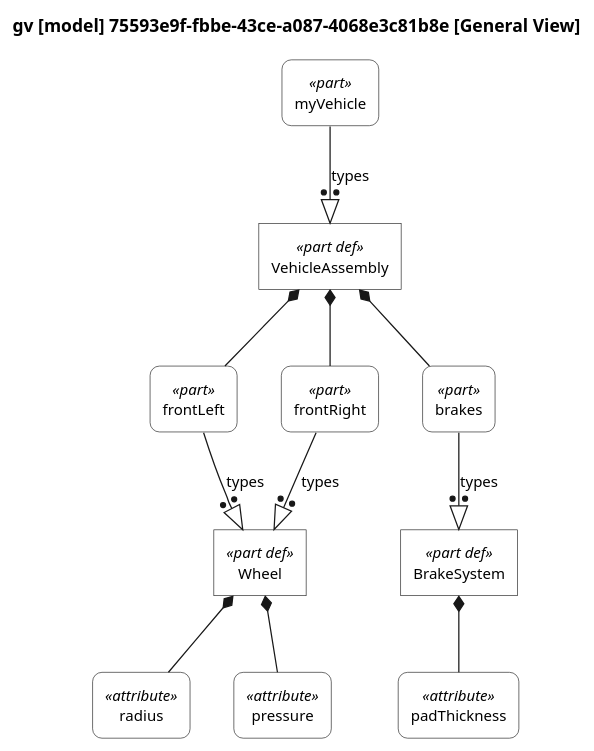
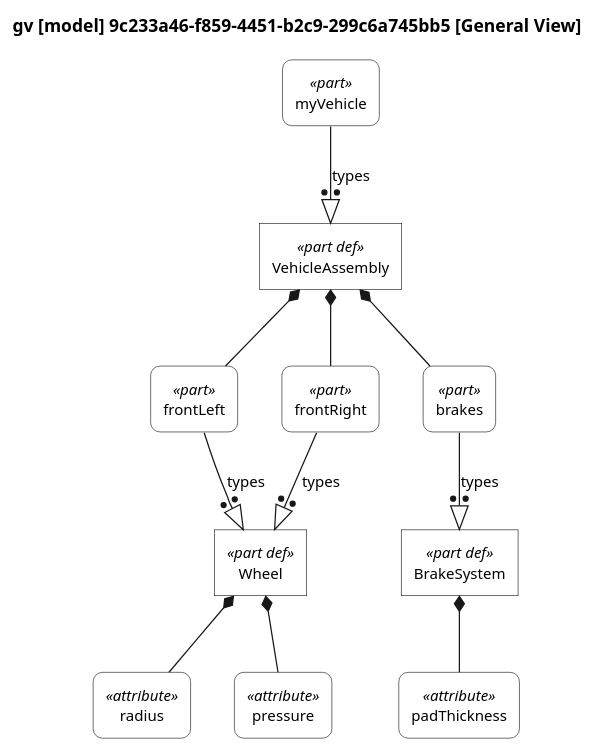
The diagram in docs/plantuml-examples/04-bw-style.puml (mycr0ft/sysml2py), drawn with PlantUML before and after one commit. The commit also changed 32 other files, not shown here.

First line of the commit message:
boxes afv: control nodes with true decision diamonds (diagramboxes 0.5.0)

```diff
--- a/docs/plantuml-examples/04-bw-style.puml
+++ b/docs/plantuml-examples/04-bw-style.puml
@@ -1,173 +1,173 @@
 @startuml
 
 skinparam monochrome true
 skinparam wrapWidth 300
 skinparam defaultFontSize 12
 skinparam defaultFontName Helvetica
 
 skinparam rectangle<<part def>> {
     RoundCorner 0
     BackgroundColor white
 }
 skinparam rectangle<<part>> {
     RoundCorner 15
     BackgroundColor white
 }
 skinparam rectangle<<action def>> {
     RoundCorner 0
     BackgroundColor white
 }
 skinparam rectangle<<action>> {
     RoundCorner 15
     BackgroundColor white
 }
 skinparam rectangle<<state def>> {
     RoundCorner 0
     BackgroundColor white
 }
 skinparam rectangle<<state>> {
     RoundCorner 15
     BackgroundColor white
 }
 skinparam rectangle<<port def>> {
     RoundCorner 0
     BackgroundColor white
 }
 skinparam rectangle<<port>> {
     RoundCorner 15
     BackgroundColor white
 }
 skinparam rectangle<<interface def>> {
     RoundCorner 0
     BackgroundColor white
 }
 skinparam rectangle<<interface>> {
     RoundCorner 15
     BackgroundColor white
 }
 skinparam rectangle<<item def>> {
     RoundCorner 0
     BackgroundColor white
 }
 skinparam rectangle<<item>> {
     RoundCorner 15
     BackgroundColor white
 }
 skinparam rectangle<<attribute def>> {
     RoundCorner 0
     BackgroundColor white
 }
 skinparam rectangle<<attribute>> {
     RoundCorner 15
     BackgroundColor white
 }
 skinparam rectangle<<connection def>> {
     RoundCorner 0
     BackgroundColor white
 }
 skinparam rectangle<<connection>> {
     RoundCorner 15
     BackgroundColor white
 }
 skinparam rectangle<<flow def>> {
     RoundCorner 0
     BackgroundColor white
 }
 skinparam rectangle<<flow>> {
     RoundCorner 15
     BackgroundColor white
 }
 skinparam rectangle<<requirement def>> {
     RoundCorner 0
     BackgroundColor white
 }
 skinparam rectangle<<requirement>> {
     RoundCorner 15
     BackgroundColor white
 }
 skinparam rectangle<<use case def>> {
     RoundCorner 0
     BackgroundColor white
 }
 skinparam rectangle<<use case>> {
     RoundCorner 15
     BackgroundColor white
 }
 skinparam rectangle<<constraint def>> {
     RoundCorner 0
     BackgroundColor white
 }
 skinparam rectangle<<constraint>> {
     RoundCorner 15
     BackgroundColor white
 }
 skinparam rectangle<<calculation def>> {
     RoundCorner 0
     BackgroundColor white
 }
 skinparam rectangle<<calculation>> {
     RoundCorner 15
     BackgroundColor white
 }
 skinparam rectangle<<enumeration def>> {
     RoundCorner 0
     BackgroundColor white
 }
 skinparam rectangle<<enumeration>> {
     RoundCorner 15
     BackgroundColor white
 }
 skinparam rectangle<<allocation def>> {
     RoundCorner 0
     BackgroundColor white
 }
 skinparam rectangle<<allocation>> {
     RoundCorner 15
     BackgroundColor white
 }
 skinparam rectangle<<view def>> {
     RoundCorner 0
     BackgroundColor white
 }
 skinparam rectangle<<view>> {
     RoundCorner 15
     BackgroundColor white
 }
 skinparam folder<<view def>> {
     RoundCorner 0
     BackgroundColor white
 }
 skinparam folder<<view>> {
     RoundCorner 15
     BackgroundColor white
 }
 
 top to bottom direction
 
-title gv [model] 75593e9f-fbbe-43ce-a087-4068e3c81b8e [General View]
+title gv [model] 9c233a46-f859-4451-b2c9-299c6a745bb5 [General View]
 
 hide circle
 
 rectangle "Wheel" as E1 <<part def>>
 rectangle "radius" as E2 <<attribute>>
 rectangle "pressure" as E4 <<attribute>>
 rectangle "BrakeSystem" as E6 <<part def>>
 rectangle "padThickness" as E7 <<attribute>>
 rectangle "VehicleAssembly" as E9 <<part def>>
 rectangle "frontLeft" as E10 <<part>>
 rectangle "frontRight" as E11 <<part>>
 rectangle "brakes" as E12 <<part>>
 rectangle "myVehicle" as E13 <<part>>
 
 E1 *-- E2
 E1 *-- E4
 E6 *-- E7
 E9 *-- E10
 E10 --:|> E1 : types
 E9 *-- E11
 E11 --:|> E1 : types
 E9 *-- E12
 E12 --:|> E6 : types
 E13 --:|> E9 : types
 
 @enduml
```
